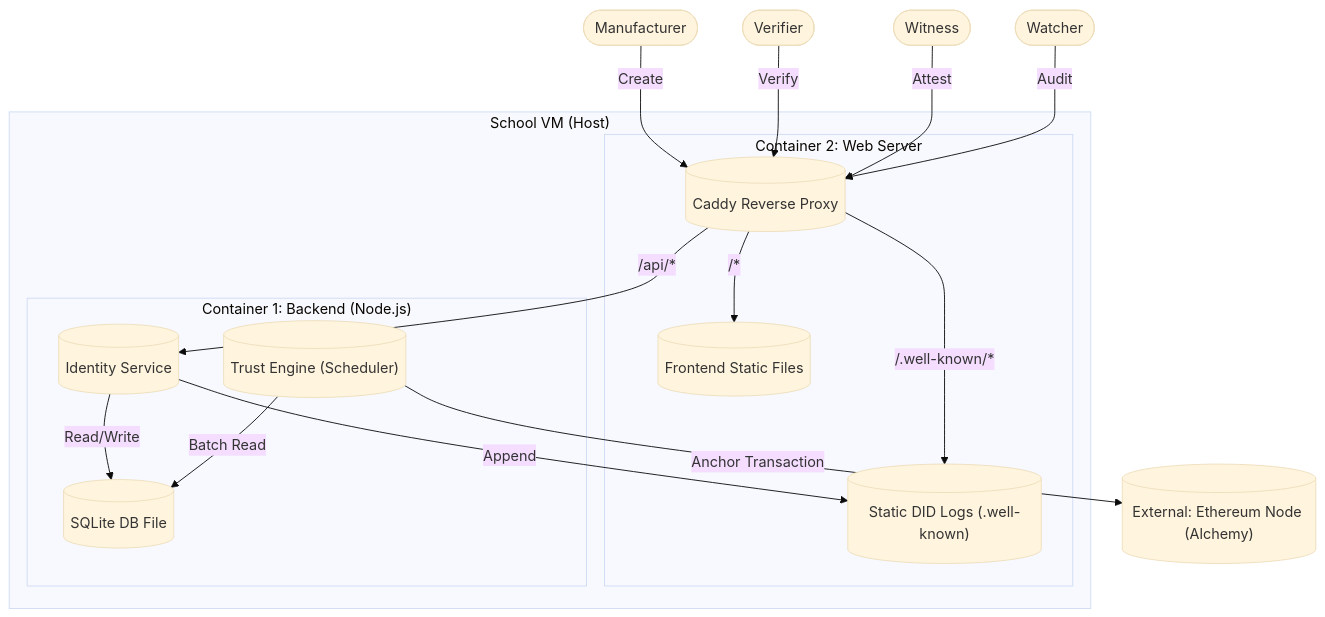
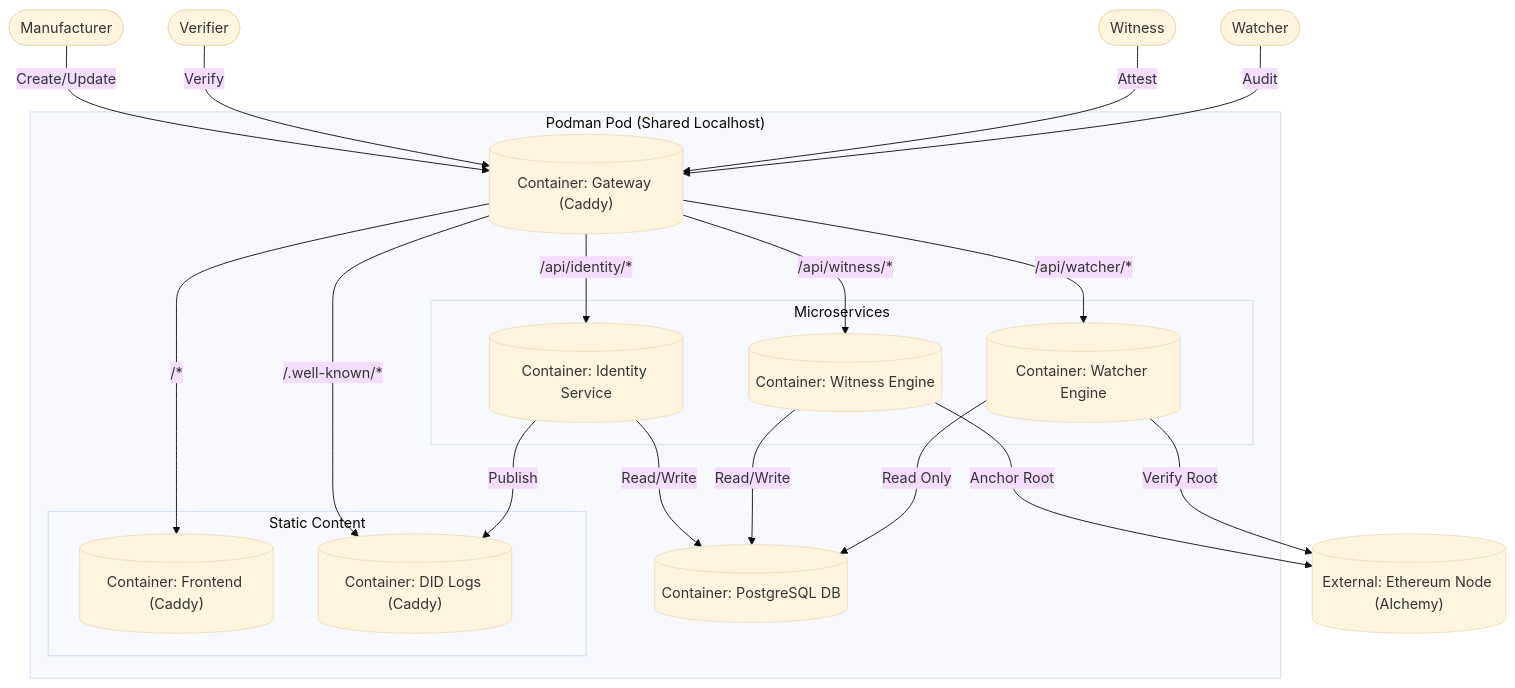
The first of 4 diagrams in production/PRODUCTION_PLAN.md (Thijmeeee/Enabling-trust-with-DLT-technologies), drawn with Mermaid (base theme) before and after one commit. The commit also changed other lines of this file and 1 other file, not shown here.

````diff
--- a/production/PRODUCTION_PLAN.md
+++ b/production/PRODUCTION_PLAN.md
@@ -32,48 +36,54 @@
 ```mermaid
 graph TD
     %% Stakeholders
     Man([Manufacturer])
     Ver([Verifier])
     Wit([Witness])
     Wat([Watcher])
 
     %% Infrastructure
-    subgraph VM ["School VM (Host)"]
+    subgraph Pod ["Podman Pod (Shared Localhost)"]
         
-        %% Container 2 (Caddy)
-        subgraph DockerC2 ["Container 2: Web Server"]
-            Caddy[("Caddy Reverse Proxy")]
-            Frontend[("Frontend Static Files")]
-            Logs[("Static DID Logs (.well-known)")]
+        Gateway[("Container: Gateway (Caddy)")]
+        
+        subgraph Static ["Static Content"]
+            Front[("Container: Frontend (Caddy)")]
+            Logs[("Container: DID Logs (Caddy)")]
         end
-        
-        %% Container 1 (Backend)
-        subgraph DockerC1 ["Container 1: Backend (Node.js)"]
-            Identity[("Identity Service")]
-            Trust[("Trust Engine (Scheduler)")]
-            DB[(SQLite DB File)]
+
+        subgraph Logic ["Microservices"]
+            Identity[("Container: Identity Service")]
+            Witness[("Container: Witness Engine")]
+            Watcher[("Container: Watcher Engine")]
         end
+
+        DB[("Container: PostgreSQL DB")]
     end
 
     %% External
     Sepolia[("External: Ethereum Node (Alchemy)")]
 
     %% Flows
-    Man -->|Create| Caddy
-    Ver -->|Verify| Caddy
-    Wit -->|Attest| Caddy
-    Wat -->|Audit| Caddy
+    Man -->|Create/Update| Gateway
+    Ver -->|Verify| Gateway
+    Wit -->|Attest| Gateway
+    Wat -->|Audit| Gateway
 
-    %% Caddy Internal Routing
-    Caddy -->|/api/*| Identity
-    Caddy -->|/.well-known/*| Logs
-    Caddy -->|/*| Frontend
+    %% Gateway Routing
+    Gateway -->|/api/identity/*| Identity
+    Gateway -->|/api/witness/*| Witness
+    Gateway -->|/api/watcher/*| Watcher
+    Gateway -->|/.well-known/*| Logs
+    Gateway -->|/*| Front
 
-    %% Backend Logic
+    %% Internal Data Logic
     Identity -->|Read/Write| DB
-    Identity -->|Append| Logs
+    Witness -->|Read/Write| DB
+    Watcher -->|Read Only| DB
     
-    %% Trust Engine Logic
-    Trust -->|Batch Read| DB
-    Trust -->|Anchor Transaction| Sepolia
+    Identity -->|Publish| Logs
+    
+    %% Trust Logic
+    Witness -->|Anchor Root| Sepolia
+    Watcher -->|Verify Root| Sepolia
 ```
````
